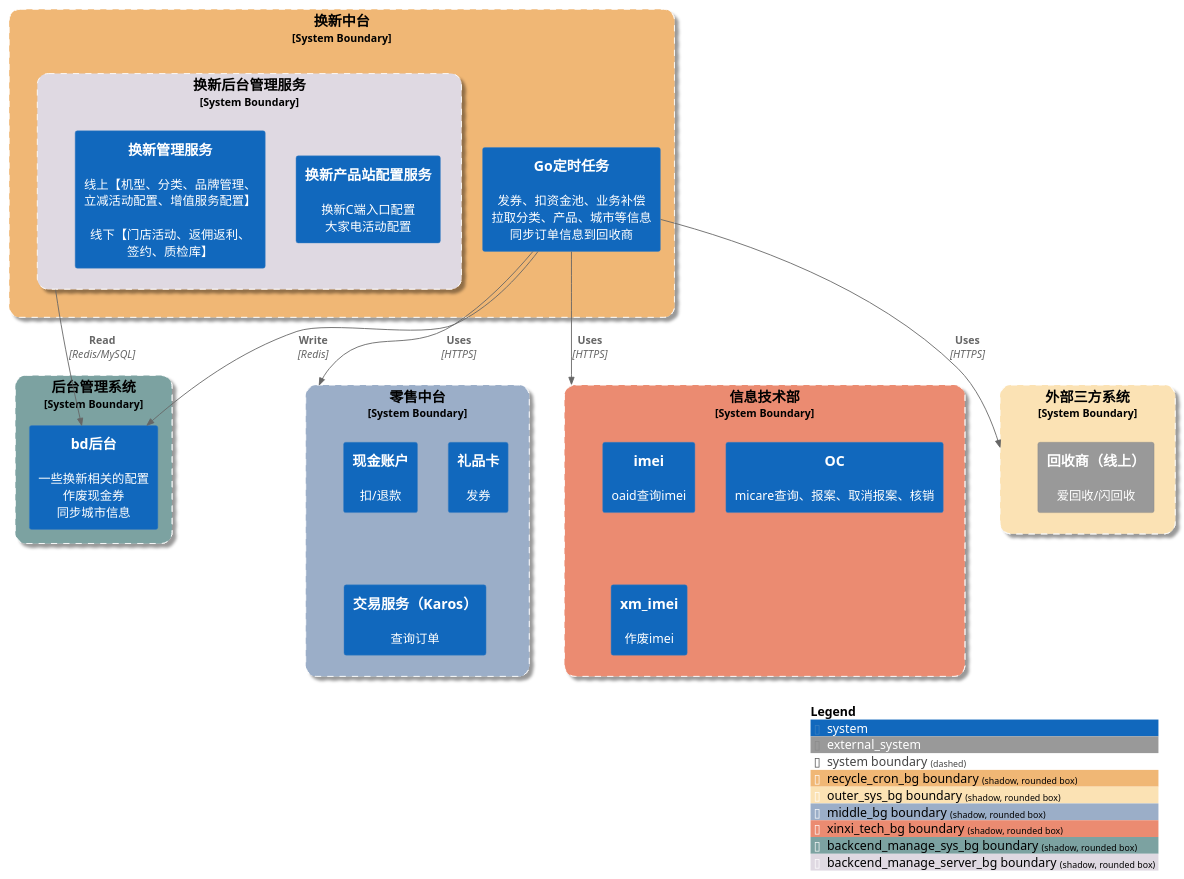
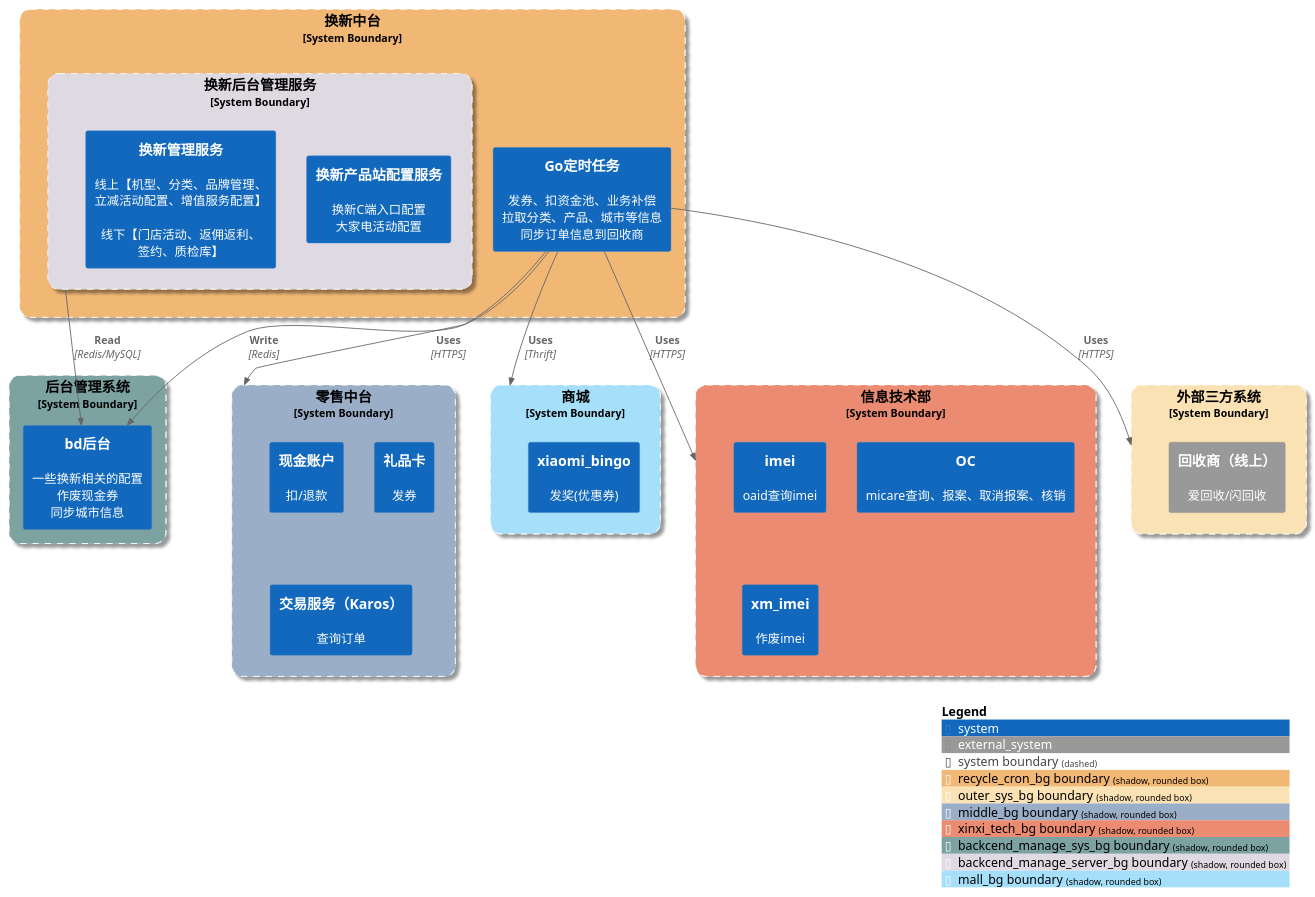
The diagram in src/main/java/uml/recycle/Mishop_Recycle_Crond_System_Context.puml (HanyuKing/learn-jdk), drawn with PlantUML before and after one commit.

Commit message:
xiaomi_bingo

```diff
--- a/src/main/java/uml/recycle/Mishop_Recycle_Crond_System_Context.puml
+++ b/src/main/java/uml/recycle/Mishop_Recycle_Crond_System_Context.puml
@@ -1,46 +1,52 @@
 @startuml
 !include https://raw.githubusercontent.com/plantuml-stdlib/C4-PlantUML/master/C4_Container.puml
 
 AddBoundaryTag("recycle_cron_bg", $bgColor="#F0B775", $fontColor="black", $borderColor="white", $shadowing="true", $shape = RoundedBoxShape(), $type="System Boundary")
 AddBoundaryTag("outer_sys_bg", $bgColor="#fbe2b4", $fontColor="black", $borderColor="white", $shadowing="true", $shape = RoundedBoxShape(), $type="System Boundary")
 AddBoundaryTag("middle_bg", $bgColor="#9baec8", $fontColor="black", $borderColor="white", $shadowing="true", $shape = RoundedBoxShape(), $type="System Boundary")
 AddBoundaryTag("xinxi_tech_bg", $bgColor="#eb8b71", $fontColor="black", $borderColor="white", $shadowing="true", $shape = RoundedBoxShape(), $type="System Boundary")
 AddBoundaryTag("backcend_manage_sys_bg", $bgColor="#7ca2a1", $fontColor="black", $borderColor="white", $shadowing="true", $shape = RoundedBoxShape(), $type="System Boundary")
 AddBoundaryTag("backcend_manage_server_bg", $bgColor="#DFD9E2", $fontColor="black", $borderColor="white", $shadowing="true", $shape = RoundedBoxShape(), $type="System Boundary")
+AddBoundaryTag("mall_bg", $bgColor="#a5dff9", $fontColor="black", $borderColor="white", $shadowing="true", $shape = RoundedBoxShape(), $type="System Boundary")
 
 System_Boundary(recycle_middle, "换新中台", $tags="recycle_cron_bg") {
     System(mishop_recycle_crond, "Go定时任务", "发券、扣资金池、业务补偿\n拉取分类、产品、城市等信息\n同步订单信息到回收商")
     System_Boundary(recycle_management_server, "换新后台管理服务", $tags="backcend_manage_server_bg") {
         System(mishop_recycleconf, "换新产品站配置服务", "换新C端入口配置\n大家电活动配置")
         System(recycle_management, "换新管理服务", "线上【机型、分类、品牌管理、\n立减活动配置、增值服务配置】\n\n线下【门店活动、返佣返利、\n签约、质检库】")
     }
 }
 
 System_Boundary(recycle_management_backend_sys, "后台管理系统", $tags="backcend_manage_sys_bg") {
     System(bd_backend, "bd后台", "一些换新相关的配置\n作废现金券\n同步城市信息")
 }
 
 System_Boundary(middle, "零售中台", $tags="middle_bg") {
     System(cash_account, "现金账户", "扣/退款")
     System(ecard, "礼品卡", "发券")
     System(karos, "交易服务（Karos）", "查询订单")
 }
 
+System_Boundary(mall, "商城", $tags="mall_bg") {
+    System(xiaomi_bingo, "xiaomi_bingo", "发奖(优惠券)")
+}
+
 System_Boundary(xinxi_tech, "信息技术部", $tags="xinxi_tech_bg") {
     System(imei, "imei", "oaid查询imei")
     System(OC, "OC", "micare查询、报案、取消报案、核销")
     System(xm_imei, "xm_imei", "作废imei")
 }
 
 System_Boundary(ouer_sys_to, "外部三方系统", $tags="outer_sys_bg") {
     System_Ext(recycler, "回收商（线上）", "爱回收/闪回收")
 }
 
 Rel(mishop_recycle_crond, ouer_sys_to, "Uses", "HTTPS")
 Rel(mishop_recycle_crond, xinxi_tech, "Uses", "HTTPS")
 Rel(mishop_recycle_crond, middle, "Uses", "HTTPS")
+Rel(mishop_recycle_crond, mall, "Uses", "Thrift")
 Rel(mishop_recycle_crond, bd_backend, "Write", "Redis")
 Rel(recycle_management_server, bd_backend, "Read", "Redis/MySQL")
 
 SHOW_LEGEND()
 @enduml
```
